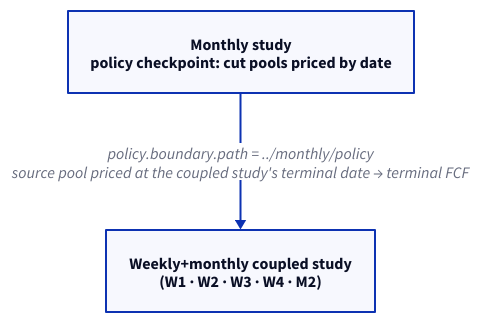
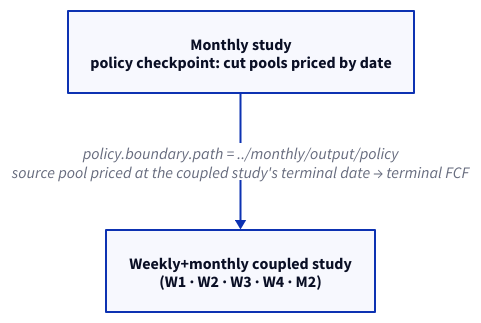
The diagram in src/content/docs/running/policy-management.mdx (cobre-rs/cobre-docs), drawn with D2 before and after one commit. The commit also changed other lines of this file and 17 other files, not shown here.

````diff
--- a/src/content/docs/running/policy-management.mdx
+++ b/src/content/docs/running/policy-management.mdx
@@ -480,8 +594,8 @@
 ```d2
 direction: down
 
 monthly: "Monthly study\npolicy checkpoint: cut pools priced by date" {shape: rectangle}
 coupled: "Weekly+monthly coupled study\n(W1 · W2 · W3 · W4 · M2)" {shape: rectangle}
 
-monthly -> coupled: "policy.boundary.path = ../monthly/policy\nsource pool priced at the coupled study's terminal date → terminal FCF"
+monthly -> coupled: "policy.boundary.path = ../monthly/output/policy\nsource pool priced at the coupled study's terminal date → terminal FCF"
 ```
````
